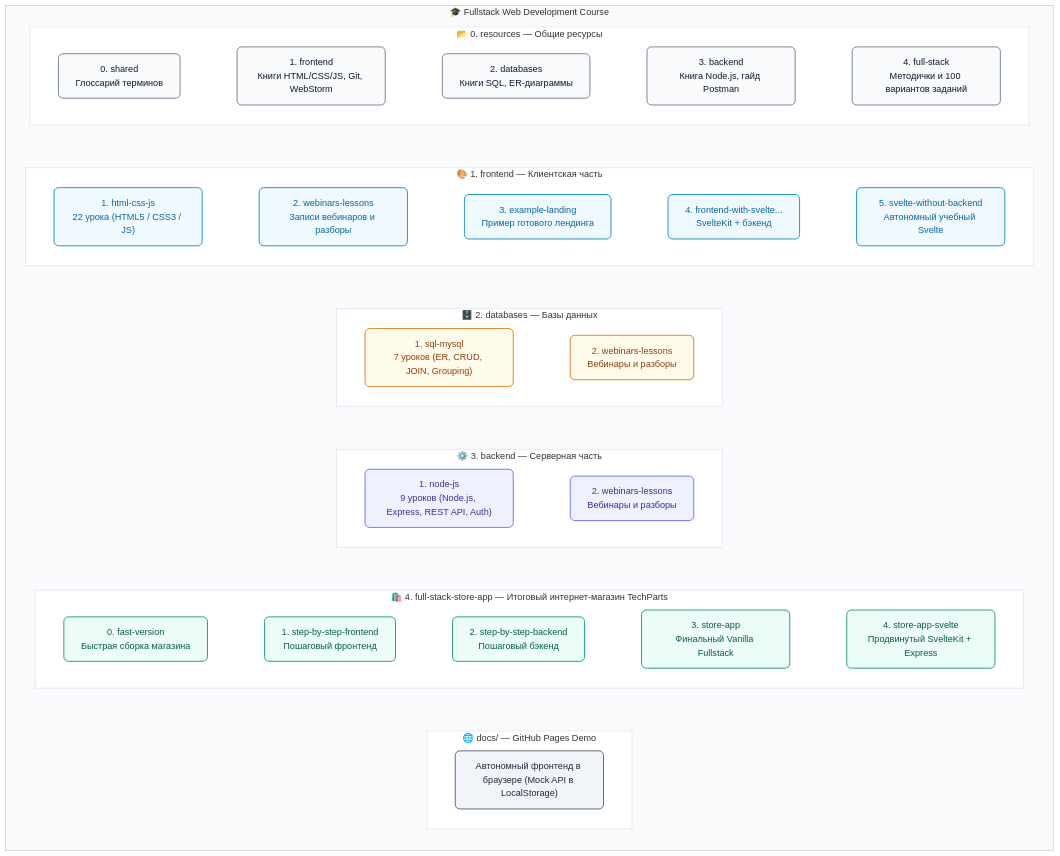
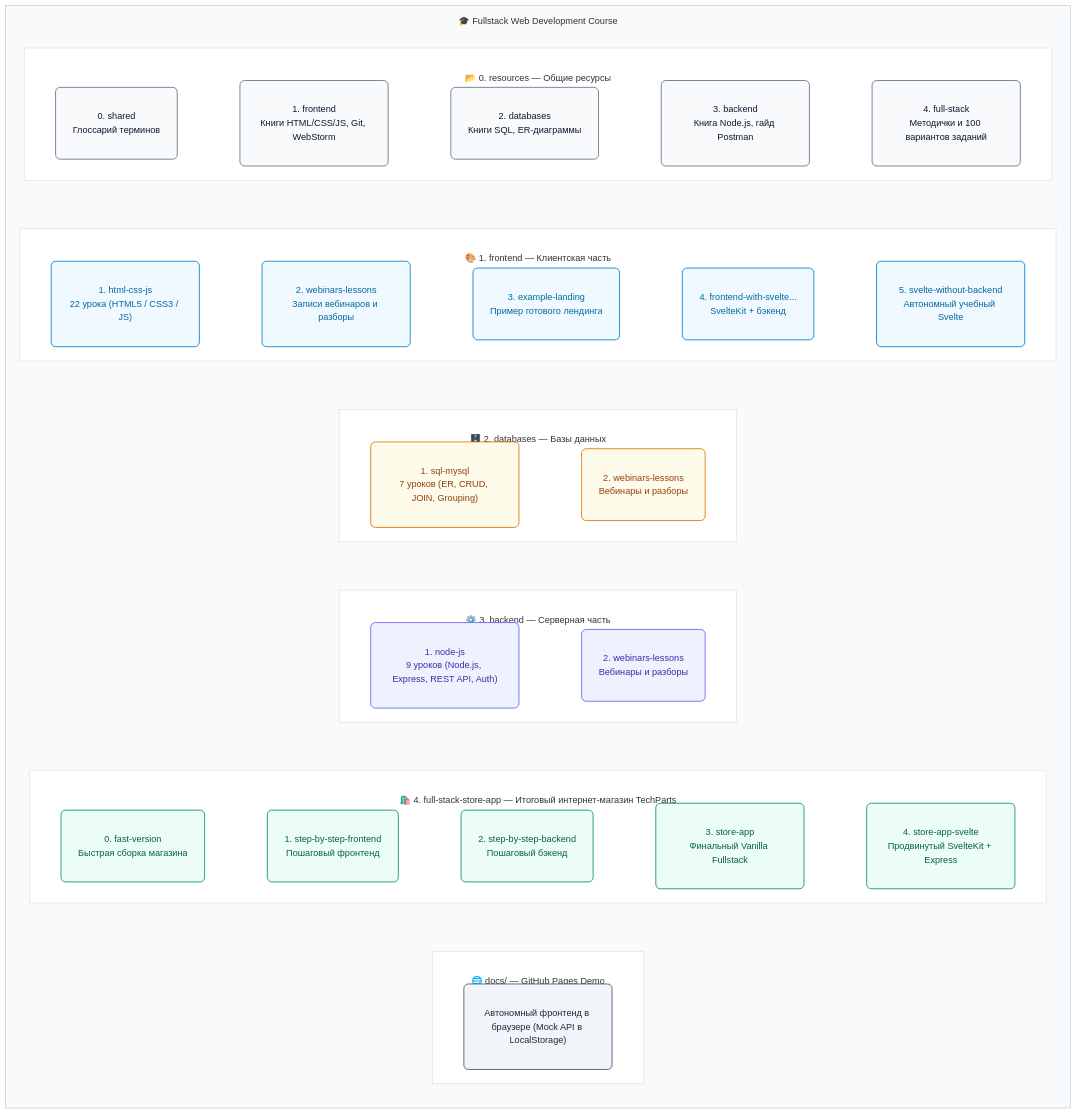
Before and after one commit to mrsky1001/fullstack-web-development-course: the first of 2 diagrams in README.ru.md, drawn with Mermaid. The commit also changed other lines of this file and 1 other file, not shown here.

Commit message:
style: update mermaid diagrams with improved spacing and removed node text decorations

````diff
--- a/README.ru.md
+++ b/README.ru.md
@@ -137,65 +137,66 @@
 ```mermaid
+%%{init: {'flowchart': {'rankSpacing': 60, 'nodeSpacing': 30, 'subGraphTitleMargin': {'top': 16, 'bottom': 16}}}}%%
 flowchart TD
     subgraph ROOT["🎓 Fullstack Web Development Course"]
         direction TB
 
-        subgraph RES["📂 0. resources — Общие ресурсы"]
+        subgraph RES["<br/>📂 0. resources — Общие ресурсы<br/>&nbsp;"]
             direction LR
-            R0["0. shared<br/>Глоссарий терминов"]
-            R1["1. frontend<br/>Книги HTML/CSS/JS, Git, WebStorm"]
-            R2["2. databases<br/>Книги SQL, ER-диаграммы"]
-            R3["3. backend<br/>Книга Node.js, гайд Postman"]
-            R4["4. full-stack<br/>Методички и 100 вариантов заданий"]
+            R0["&nbsp;<br/>0. shared<br/>Глоссарий терминов<br/>&nbsp;"]
+            R1["&nbsp;<br/>1. frontend<br/>Книги HTML/CSS/JS, Git, WebStorm<br/>&nbsp;"]
+            R2["&nbsp;<br/>2. databases<br/>Книги SQL, ER-диаграммы<br/>&nbsp;"]
+            R3["&nbsp;<br/>3. backend<br/>Книга Node.js, гайд Postman<br/>&nbsp;"]
+            R4["&nbsp;<br/>4. full-stack<br/>Методички и 100 вариантов заданий<br/>&nbsp;"]
             R0 ~~~ R1 ~~~ R2 ~~~ R3 ~~~ R4
         end
 
-        subgraph MOD1["🎨 1. frontend — Клиентская часть"]
+        subgraph MOD1["<br/>🎨 1. frontend — Клиентская часть<br/>&nbsp;"]
             direction LR
-            F1["1. html-css-js<br/>22 урока (HTML5 / CSS3 / JS)"]
-            F2["2. webinars-lessons<br/>Записи вебинаров и разборы"]
-            F3["3. example-landing<br/>Пример готового лендинга"]
-            F4["4. frontend-with-svelte...<br/>SvelteKit + бэкенд"]
-            F5["5. svelte-without-backend<br/>Автономный учебный Svelte"]
+            F1["&nbsp;<br/>1. html-css-js<br/>22 урока (HTML5 / CSS3 / JS)<br/>&nbsp;"]
+            F2["&nbsp;<br/>2. webinars-lessons<br/>Записи вебинаров и разборы<br/>&nbsp;"]
+            F3["&nbsp;<br/>3. example-landing<br/>Пример готового лендинга<br/>&nbsp;"]
+            F4["&nbsp;<br/>4. frontend-with-svelte...<br/>SvelteKit + бэкенд<br/>&nbsp;"]
+            F5["&nbsp;<br/>5. svelte-without-backend<br/>Автономный учебный Svelte<br/>&nbsp;"]
             F1 ~~~ F2 ~~~ F3 ~~~ F4 ~~~ F5
         end
 
-        subgraph MOD2["🗄️ 2. databases — Базы данных"]
+        subgraph MOD2["<br/>🗄️ 2. databases — Базы данных<br/>&nbsp;"]
             direction LR
-            D1["1. sql-mysql<br/>7 уроков (ER, CRUD, JOIN, Grouping)"]
-            D2["2. webinars-lessons<br/>Вебинары и разборы"]
+            D1["&nbsp;<br/>1. sql-mysql<br/>7 уроков (ER, CRUD, JOIN, Grouping)<br/>&nbsp;"]
+            D2["&nbsp;<br/>2. webinars-lessons<br/>Вебинары и разборы<br/>&nbsp;"]
             D1 ~~~ D2
         end
 
-        subgraph MOD3["⚙️ 3. backend — Серверная часть"]
+        subgraph MOD3["<br/>⚙️ 3. backend — Серверная часть<br/>&nbsp;"]
             direction LR
-            B1["1. node-js<br/>9 уроков (Node.js, Express, REST API, Auth)"]
-            B2["2. webinars-lessons<br/>Вебинары и разборы"]
+            B1["&nbsp;<br/>1. node-js<br/>9 уроков (Node.js, Express, REST API, Auth)<br/>&nbsp;"]
+            B2["&nbsp;<br/>2. webinars-lessons<br/>Вебинары и разборы<br/>&nbsp;"]
             B1 ~~~ B2
         end
 
-        subgraph MOD4["🛍️ 4. full-stack-store-app — Итоговый интернет-магазин TechParts"]
+        subgraph MOD4["<br/>🛍️ 4. full-stack-store-app — Итоговый интернет-магазин TechParts<br/>&nbsp;"]
             direction LR
-            S0["0. fast-version<br/>Быстрая сборка магазина"]
-            S1["1. step-by-step-frontend<br/>Пошаговый фронтенд"]
-            S2["2. step-by-step-backend<br/>Пошаговый бэкенд"]
-            S3["3. store-app<br/>Финальный Vanilla Fullstack"]
-            S4["4. store-app-svelte<br/>Продвинутый SvelteKit + Express"]
+            S0["&nbsp;<br/>0. fast-version<br/>Быстрая сборка магазина<br/>&nbsp;"]
+            S1["&nbsp;<br/>1. step-by-step-frontend<br/>Пошаговый фронтенд<br/>&nbsp;"]
+            S2["&nbsp;<br/>2. step-by-step-backend<br/>Пошаговый бэкенд<br/>&nbsp;"]
+            S3["&nbsp;<br/>3. store-app<br/>Финальный Vanilla Fullstack<br/>&nbsp;"]
+            S4["&nbsp;<br/>4. store-app-svelte<br/>Продвинутый SvelteKit + Express<br/>&nbsp;"]
             S0 ~~~ S1 ~~~ S2 ~~~ S3 ~~~ S4
         end
 
-        subgraph DOCS["🌐 docs/ — GitHub Pages Demo"]
-            DOC["Автономный фронтенд в браузере (Mock API в LocalStorage)"]
+        subgraph DOCS["<br/>🌐 docs/ — GitHub Pages Demo<br/>&nbsp;"]
+            DOC["&nbsp;<br/>Автономный фронтенд в браузере (Mock API в LocalStorage)<br/>&nbsp;"]
         end
 
         RES ~~~ MOD1 ~~~ MOD2 ~~~ MOD3 ~~~ MOD4 ~~~ DOCS
     end
 
-    classDef resStyle fill:#f8fafc,stroke:#64748b,stroke-width:1.5px,color:#0f172a,rx:8px,ry:8px;
-    classDef frontStyle fill:#f0f9ff,stroke:#0284c7,stroke-width:1.5px,color:#0369a1,rx:8px,ry:8px;
-    classDef dbStyle fill:#fffbeb,stroke:#d97706,stroke-width:1.5px,color:#92400e,rx:8px,ry:8px;
-    classDef backStyle fill:#eef2ff,stroke:#6366f1,stroke-width:1.5px,color:#3730a3,rx:8px,ry:8px;
-    classDef appStyle fill:#ecfdf5,stroke:#059669,stroke-width:1.5px,color:#065f46,rx:8px,ry:8px;
-    classDef docStyle fill:#f1f5f9,stroke:#475569,stroke-width:1.5px,color:#1e293b,rx:8px,ry:8px;
+    classDef resStyle fill:#f8fafc,stroke:#64748b,stroke-width:1.5px,color:#0f172a,rx:8px,ry:8px,text-decoration:none;
+    classDef frontStyle fill:#f0f9ff,stroke:#0284c7,stroke-width:1.5px,color:#0369a1,rx:8px,ry:8px,text-decoration:none;
+    classDef dbStyle fill:#fffbeb,stroke:#d97706,stroke-width:1.5px,color:#92400e,rx:8px,ry:8px,text-decoration:none;
+    classDef backStyle fill:#eef2ff,stroke:#6366f1,stroke-width:1.5px,color:#3730a3,rx:8px,ry:8px,text-decoration:none;
+    classDef appStyle fill:#ecfdf5,stroke:#059669,stroke-width:1.5px,color:#065f46,rx:8px,ry:8px,text-decoration:none;
+    classDef docStyle fill:#f1f5f9,stroke:#475569,stroke-width:1.5px,color:#1e293b,rx:8px,ry:8px,text-decoration:none;
 
     class R0,R1,R2,R3,R4 resStyle;
     class F1,F2,F3,F4,F5 frontStyle;
````
